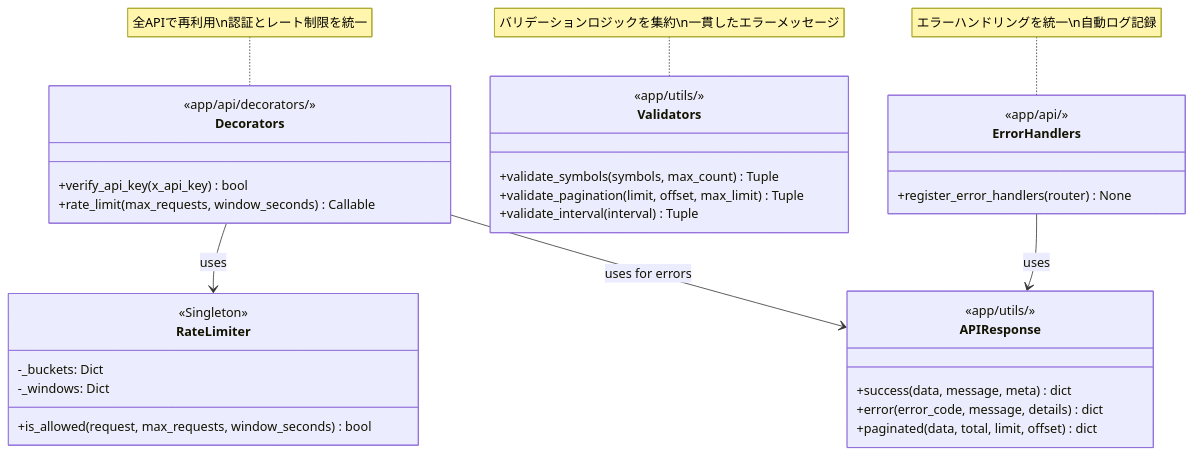
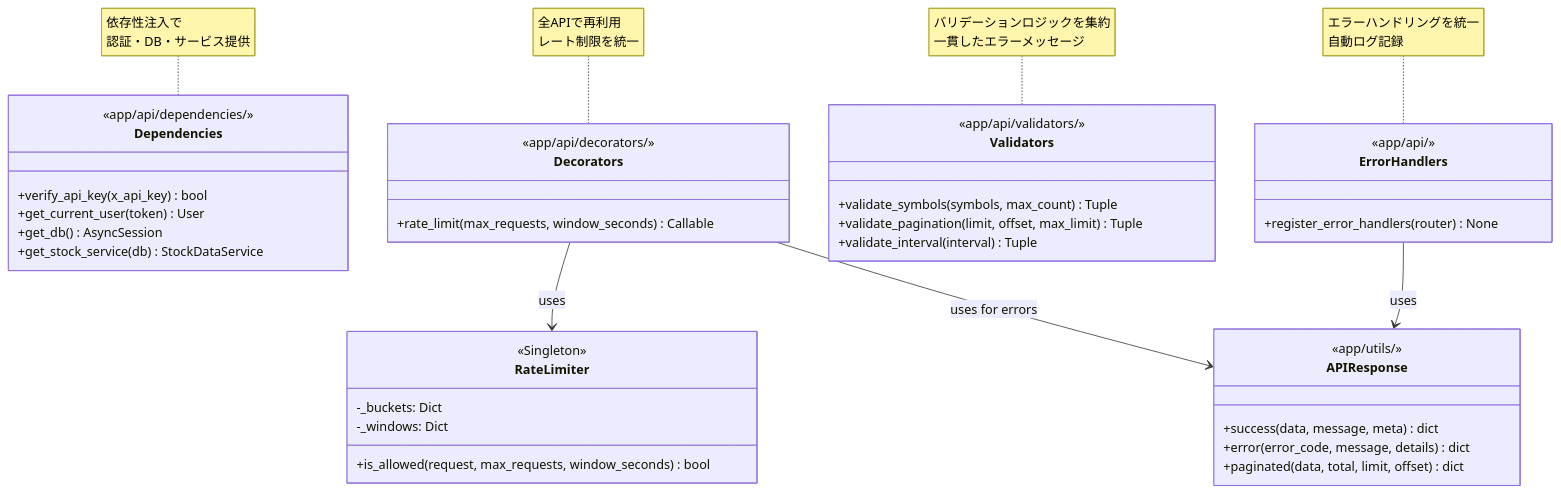
Before and after one commit to TIMMY-WEST/STOCK-INVESTMENT-ANALYZER: the fourth of 9 diagrams in docs/architecture/layers/api_layer.md, drawn with Mermaid. The commit also changed other lines of this file and 1 other file, not shown here.

````diff
--- a/docs/architecture/layers/api_layer.md
+++ b/docs/architecture/layers/api_layer.md
@@ -309,44 +412,52 @@
 ```mermaid
 classDiagram
     %% 共通ユーティリティ
+    class Dependencies {
+        <<app/api/dependencies/>>
+        +verify_api_key(x_api_key) bool
+        +get_current_user(token) User
+        +get_db() AsyncSession
+        +get_stock_service(db) StockDataService
+    }
+
     class Decorators {
         <<app/api/decorators/>>
-        +verify_api_key(x_api_key) bool
         +rate_limit(max_requests, window_seconds) Callable
     }
 
     class RateLimiter {
         <<Singleton>>
         -_buckets: Dict
         -_windows: Dict
         +is_allowed(request, max_requests, window_seconds) bool
     }
 
     class Validators {
-        <<app/utils/>>
+        <<app/api/validators/>>
         +validate_symbols(symbols, max_count) Tuple
         +validate_pagination(limit, offset, max_limit) Tuple
         +validate_interval(interval) Tuple
     }
 
     class ErrorHandlers {
         <<app/api/>>
         +register_error_handlers(router) None
     }
 
     class APIResponse {
         <<app/utils/>>
         +success(data, message, meta) dict
         +error(error_code, message, details) dict
         +paginated(data, total, limit, offset) dict
     }
 
     %% 関連
     Decorators --> RateLimiter : uses
     Decorators --> APIResponse : uses for errors
     ErrorHandlers --> APIResponse : uses
 
-    note for Decorators "全APIで再利用\n認証とレート制限を統一"
-    note for Validators "バリデーションロジックを集約\n一貫したエラーメッセージ"
-    note for ErrorHandlers "エラーハンドリングを統一\n自動ログ記録"
+    note for Dependencies "依存性注入で<br/>認証・DB・サービス提供"
+    note for Decorators "全APIで再利用<br/>レート制限を統一"
+    note for Validators "バリデーションロジックを集約<br/>一貫したエラーメッセージ"
+    note for ErrorHandlers "エラーハンドリングを統一<br/>自動ログ記録"
 ```
````
